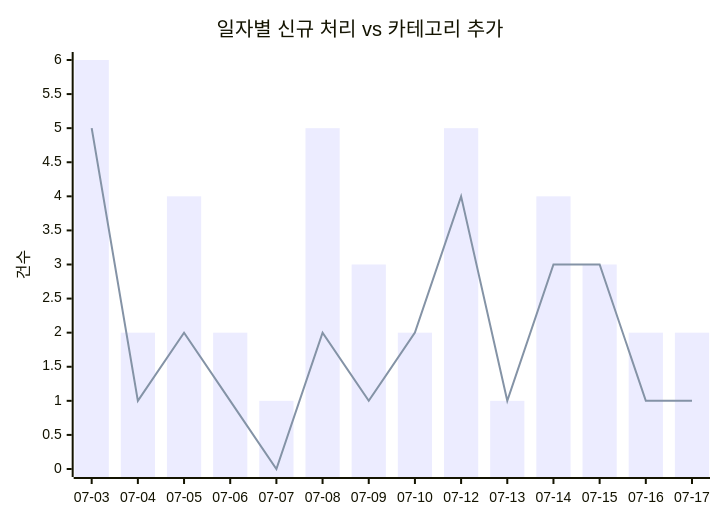
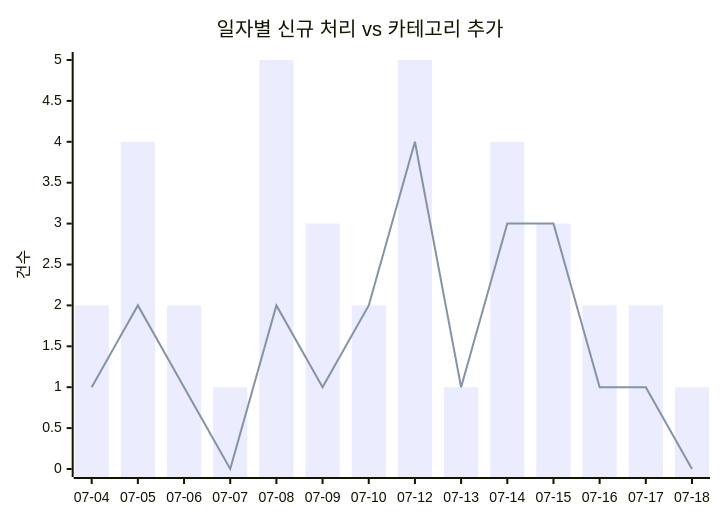
Before and after one commit to J-nowcow/awesome-korean-agent-skills: the first of 2 diagrams in docs/trends.md, drawn with Mermaid. The commit also changed other lines of this file and 2 other files, not shown here.

````diff
--- a/docs/trends.md
+++ b/docs/trends.md
@@ -32,8 +32,8 @@
 ```mermaid
 xychart-beta
     title "일자별 신규 처리 vs 카테고리 추가"
-    x-axis ["07-03","07-04","07-05","07-06","07-07","07-08","07-09","07-10","07-12","07-13","07-14","07-15","07-16","07-17"]
+    x-axis ["07-04","07-05","07-06","07-07","07-08","07-09","07-10","07-12","07-13","07-14","07-15","07-16","07-17","07-18"]
     y-axis "건수"
-    bar [6,2,4,2,1,5,3,2,5,1,4,3,2,2]
-    line [5,1,2,1,0,2,1,2,4,1,3,3,1,1]
+    bar [2,4,2,1,5,3,2,5,1,4,3,2,2,1]
+    line [1,2,1,0,2,1,2,4,1,3,3,1,1,0]
 ```
````
